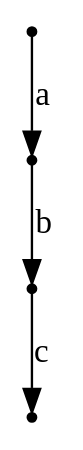
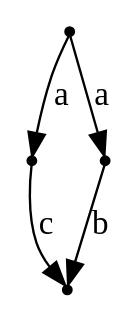
Before and after one commit to jangreen/rat: the diagram in output/counterexample.dot, drawn with Graphviz. The commit also changed 33 other files, not shown here.

```diff
--- a/output/counterexample.dot
+++ b/output/counterexample.dot
@@ -1,5 +1,6 @@
 digraph { node[shape="point"]
-N4 -> N1[label = "c"];
-N2 -> N4[label = "b"];
+N3 -> N1[label = "c"];
+N0 -> N3[label = "a"];
+N2 -> N1[label = "b"];
 N0 -> N2[label = "a"];
 }
```
